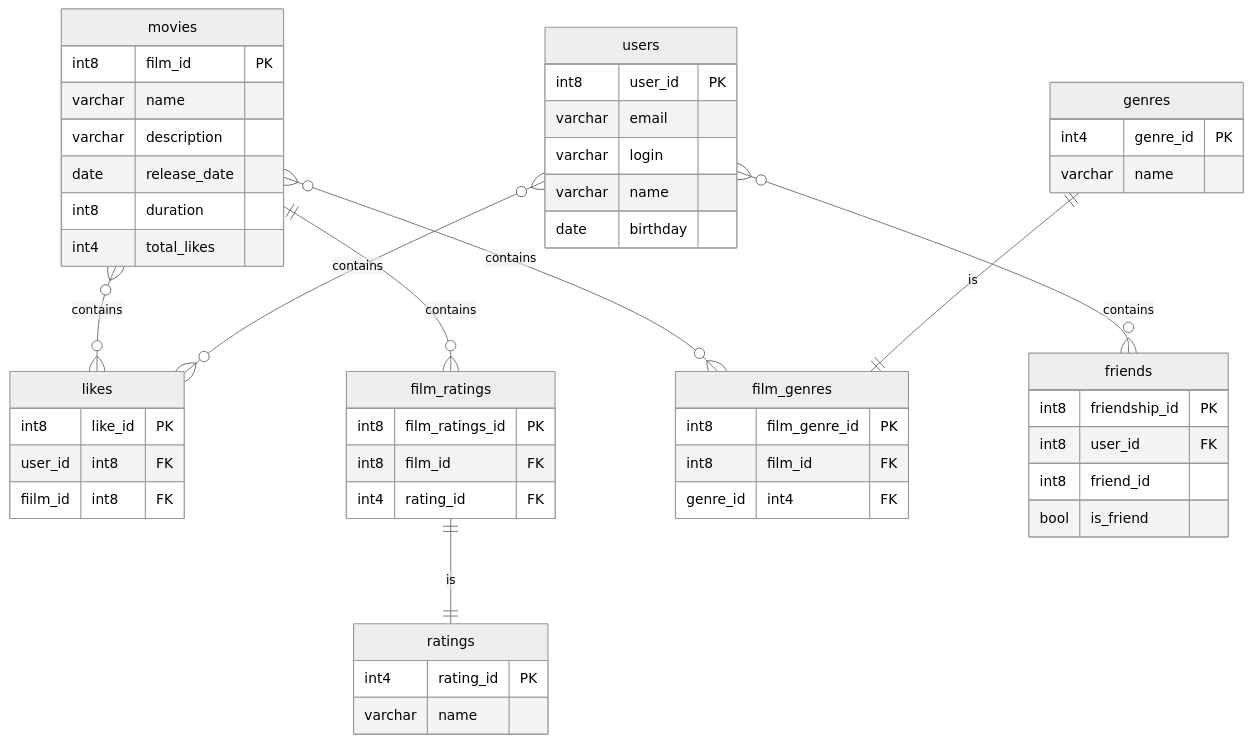
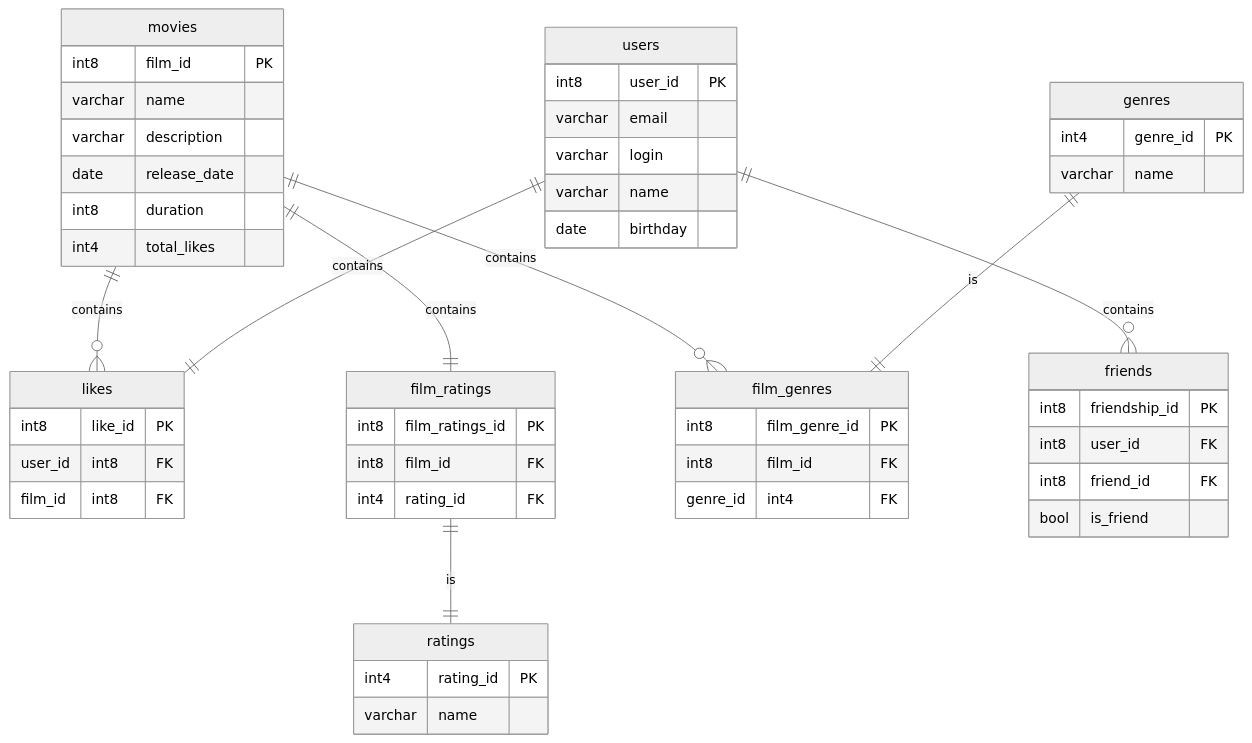
The diagram in README.md (MikeKotal/java-filmorate), drawn with Mermaid (neutral theme) before and after one commit. The commit also changed other lines of this file and 48 other files, not shown here.

````diff
--- a/README.md
+++ b/README.md
@@ -9,62 +9,62 @@
 ```mermaid
 erDiagram
     movies {
         int8 film_id PK
         varchar name
         varchar description
         date release_date
         int8 duration
         int4 total_likes
     }
     
     likes {
         int8 like_id PK
         user_id int8 FK
-        fiilm_id int8 FK
+        film_id int8 FK
     }
     
     ratings {
         int4 rating_id PK
         varchar name
     }
 
     film_ratings {
         int8 film_ratings_id PK
         int8 film_id FK
         int4 rating_id FK
     }
 
     film_genres {
         int8 film_genre_id PK
         int8 film_id FK
         genre_id int4 FK
     }
     
     genres {
         int4 genre_id PK
         varchar name
     }
     users {
         int8 user_id PK
         varchar email
         varchar login
         varchar name
         date birthday
     }
     
     friends {
         int8 friendship_id PK
         int8 user_id FK
-        int8 friend_id
+        int8 friend_id FK
         bool is_friend
     }
     
     genres||--||film_genres : is
-    movies }o--o{ film_genres : contains
-    users }o--o{ likes : contains
-    movies }o--o{ likes : contains
-    movies ||--o{ film_ratings : contains
+    movies ||--o{ film_genres : contains
+    users ||--|| likes : contains
+    movies ||--o{ likes : contains
+    movies ||--|| film_ratings : contains
     film_ratings ||--|| ratings : is
-    users }o--o{ friends : contains
+    users ||--o{ friends : contains
     
 ```
````
